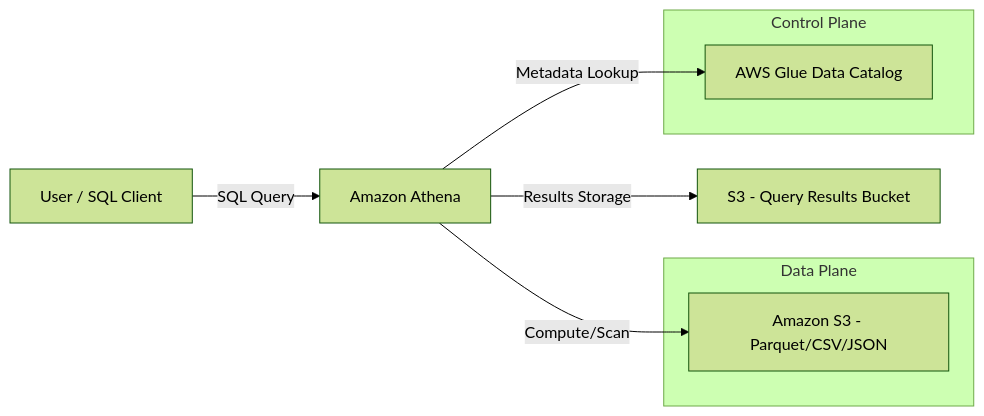
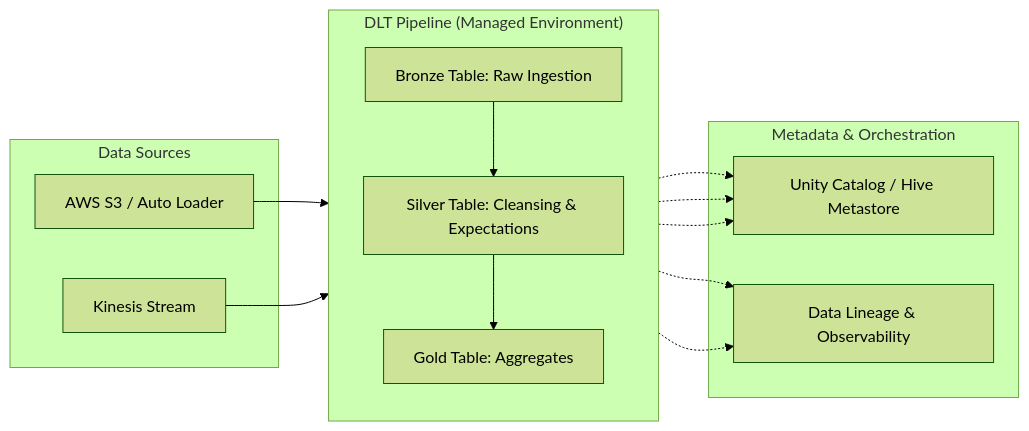
One commit to DataTechBridge-Projects/databricks-trainer changed the eighth of 14 diagrams in output/complete_course.md. Above: the diagram before and after it, drawn with Mermaid (forest theme). The commit also changed other lines of this file and 33 other files, not shown here.

````diff
--- a/output/complete_course.md
+++ b/output/complete_course.md
@@ -1558,13 +1896,30 @@
 ```mermaid
 graph LR
-    User[User / SQL Client] -->|SQL Query| Athena[Amazon Athena]
-    Athena -->|Metadata Lookup| Glue[AWS Glue Data Catalog]
-    Athena -->|Compute/Scan| S3[Amazon S3 - Parquet/CSV/JSON]
-    Athena -->|Results Storage| S3_Results[S3 - Query Results Bucket]
-    subgraph "Data Plane"
-    S3
+    subgraph "Data Sources"
+        S3[AWS S3 / Auto Loader]
+        Kinesis[Kinesis Stream]
     end
-    subgraph "Control Plane"
-    Glue
+
+    subgraph "DLT Pipeline (Managed Environment)"
+        direction TB
+        Bronze[Bronze Table: Raw Ingestion]
+        Silver[Silver Table: Cleansing & Expectations]
+        Gold[Gold Table: Aggregates]
+        
+        Bronze --> Silver
+        Silver --> Gold
     end
+
+    subgraph "Metadata & Orchestration"
+        Catalog[Unity Catalog / Hive Metastore]
+        Lineage[Data Lineage & Observability]
+    end
+
+    S3 --> Bronze
+    Kinesis --> Bronze
+    Silver -.-> Lineage
+    Gold -.-> Lineage
+    Bronze -.-> Catalog
+    Silver -.-> Catalog
+    Gold -.-> Catalog
 ```
````
